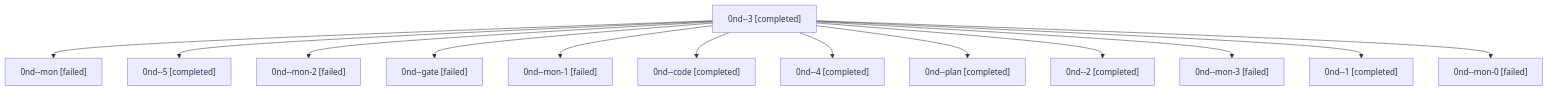
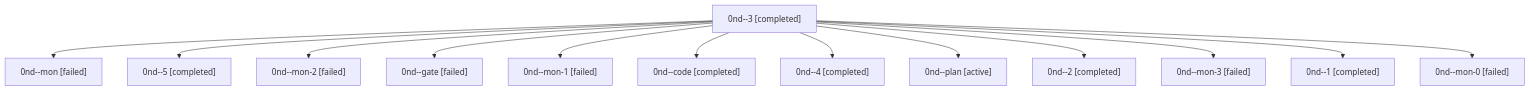
Before and after one commit to sase-org/sase--agents: the diagram in families/bbugyi200.athena.0nd.md, drawn with Mermaid. The commit also changed other lines of this file and 35830 other files, not shown here.

````diff
--- a/families/bbugyi200.athena.0nd.md
+++ b/families/bbugyi200.athena.0nd.md
@@ -9,28 +9,28 @@
 ```mermaid
 flowchart TD
   n0["0nd--3 [completed]"]
   n1["0nd--mon [failed]"]
   n0 --> n1
   n2["0nd--5 [completed]"]
   n0 --> n2
   n3["0nd--mon-2 [failed]"]
   n0 --> n3
   n4["0nd--gate [failed]"]
   n0 --> n4
   n5["0nd--mon-1 [failed]"]
   n0 --> n5
   n6["0nd--code [completed]"]
   n0 --> n6
   n7["0nd--4 [completed]"]
   n0 --> n7
-  n8["0nd--plan [completed]"]
+  n8["0nd--plan [active]"]
   n0 --> n8
   n9["0nd--2 [completed]"]
   n0 --> n9
   n10["0nd--mon-3 [failed]"]
   n0 --> n10
   n11["0nd--1 [completed]"]
   n0 --> n11
   n12["0nd--mon-0 [failed]"]
   n0 --> n12
 ```
````
